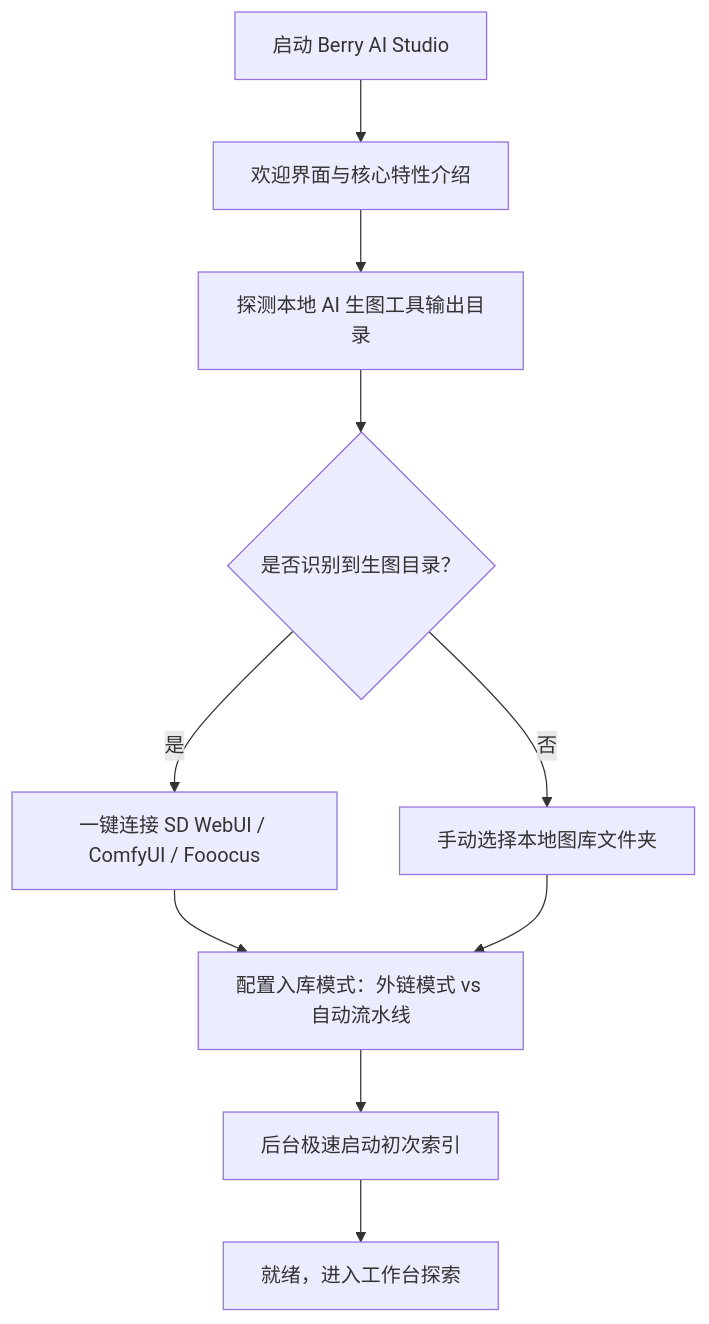
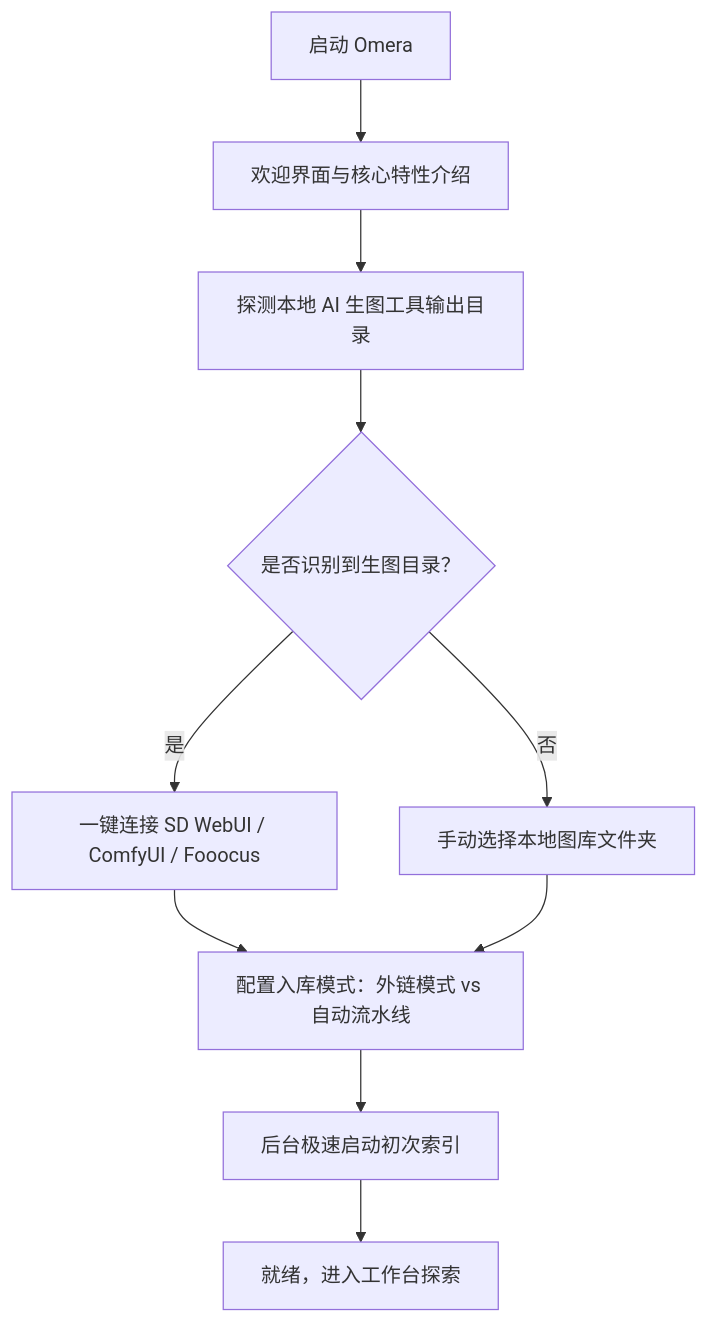
The diagram in docs/wiki/zh-CN/01-getting-started/installation.md (BerryUIKI/Berry-AI-Studio), drawn with Mermaid before and after one commit. The commit also changed other lines of this file and 224 other files, not shown here.

````diff
--- a/docs/wiki/zh-CN/01-getting-started/installation.md
+++ b/docs/wiki/zh-CN/01-getting-started/installation.md
@@ -66,12 +66,12 @@
 ```mermaid
 flowchart TD
-    A[启动 Berry AI Studio] --> B[欢迎界面与核心特性介绍]
+    A[启动 Omera] --> B[欢迎界面与核心特性介绍]
     B --> C[探测本地 AI 生图工具输出目录]
     C --> D{是否识别到生图目录？}
     D -- 是 --> E[一键连接 SD WebUI / ComfyUI / Fooocus]
     D -- 否 --> F[手动选择本地图库文件夹]
     E --> G[配置入库模式：外链模式 vs 自动流水线]
     F --> G
     G --> H[后台极速启动初次索引]
     H --> I[就绪，进入工作台探索]
 ```
````
